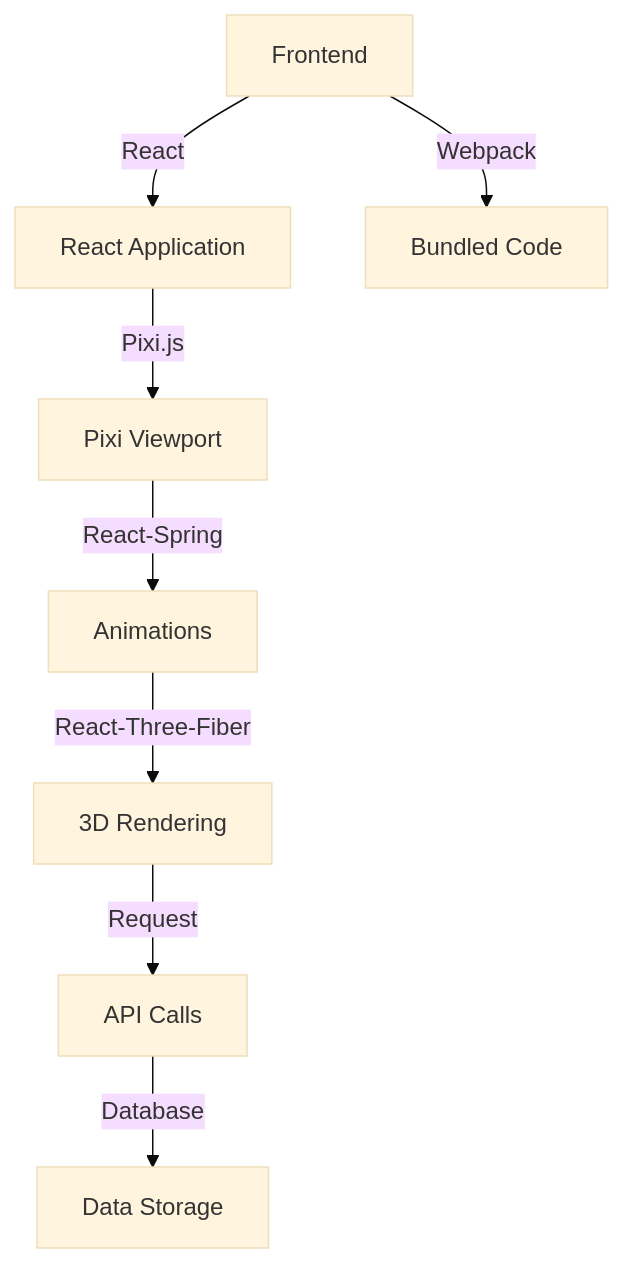
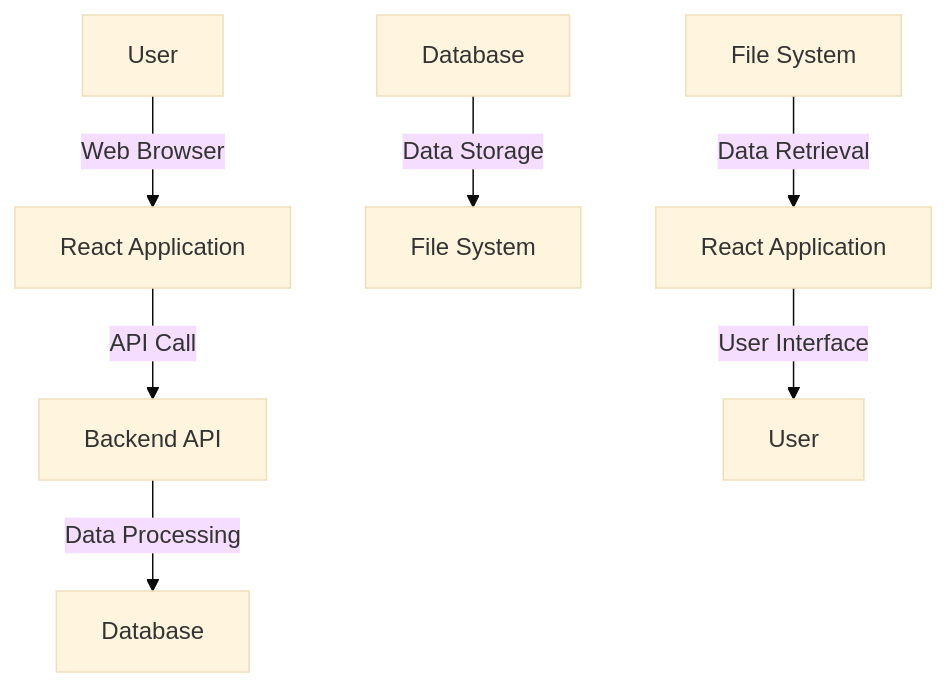
The diagram in README.md (Hacka25/2019-NASA-Space-Apps-Challenge), drawn with Mermaid (base theme) before and after one commit. The commit also changed other lines of this file, not shown here.

Commit message:
[skip-autodocs] Update README and architecture diagram

````diff
--- a/README.md
+++ b/README.md
@@ -36,10 +31,9 @@
 ```mermaid
 graph TD
-  A[Frontend] --> |React| B[React Application]
-  B --> |Pixi.js| C[Pixi Viewport]
-  C --> |React-Spring| D[Animations]
-  D --> |React-Three-Fiber| E[3D Rendering]
-  E --> |Request| F[API Calls]
-  F --> |Database| G[Data Storage]
-  A --> |Webpack| H[Bundled Code]
+    A[User] --> |Web Browser| B[React Application]
+    B --> |API Call| C[Backend API]
+    C --> |Data Processing| D[Database]
+    E[Database] --> |Data Storage| F[File System]
+    G[File System] --> |Data Retrieval| H[React Application]
+    H --> |User Interface| I[User]
 ```
````
